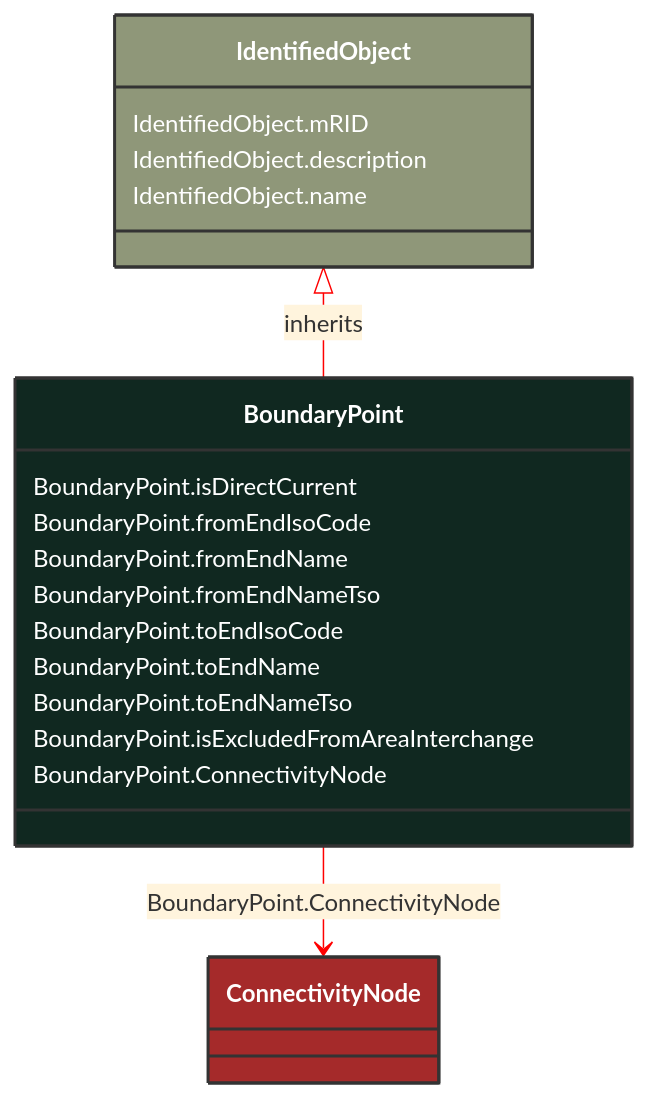
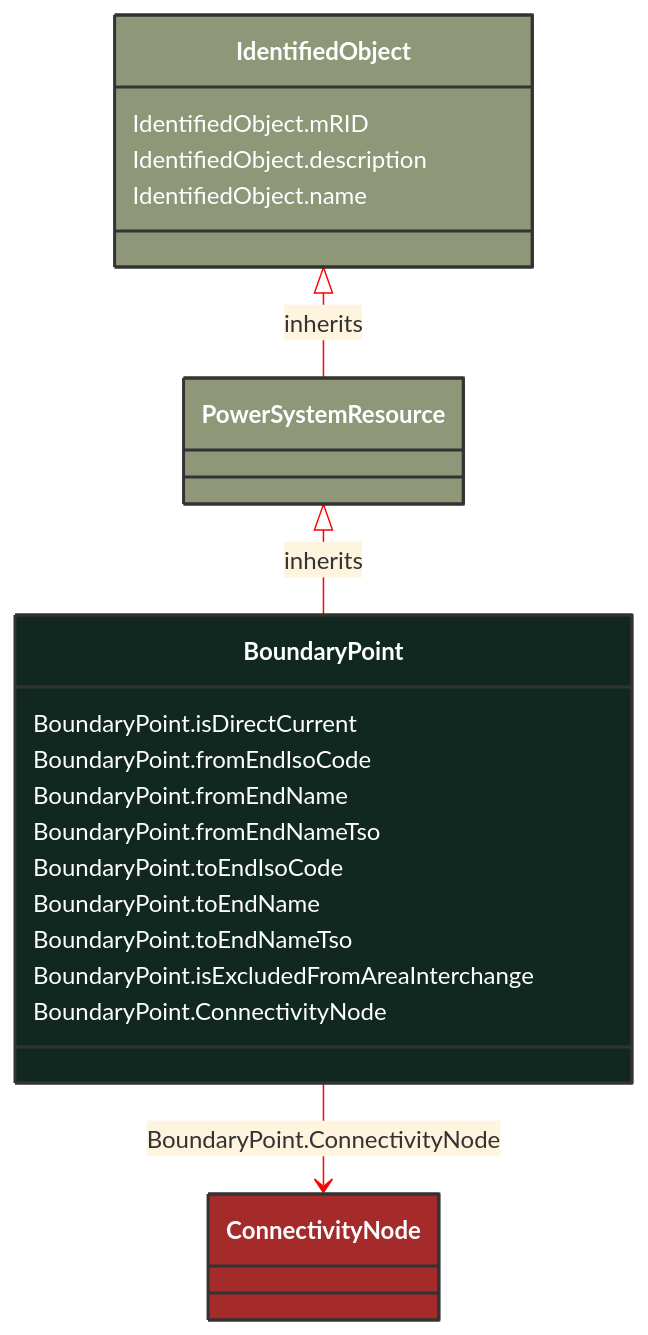
Before and after one commit to 3lbits/NoCIMExtensions: the diagram in docs/Models/Profiles/Telemark-120BoundaryModel/ConcreteClasses/BoundaryPoint.md, drawn with Mermaid. The commit also changed other lines of this file and 50 other files, not shown here.

````diff
--- a/docs/Models/Profiles/Telemark-120BoundaryModel/ConcreteClasses/BoundaryPoint.md
+++ b/docs/Models/Profiles/Telemark-120BoundaryModel/ConcreteClasses/BoundaryPoint.md
@@ -8,31 +8,35 @@
 ```mermaid
 %%{init: {'theme':'base','themeVariables': {'lineColor': '#FF0000'}}}%%
 classDiagram
     class BoundaryPoint
     click BoundaryPoint href "/Models/Profiles/Telemark-120BoundaryModel/ConcreteClasses/BoundaryPoint/"
     style BoundaryPoint fill:#102820,stroke:#333,stroke-width:2px,rx:10,ry:10,color:white
      
-        IdentifiedObject <|-- BoundaryPoint : inherits
+        PowerSystemResource <|-- BoundaryPoint : inherits
+            click PowerSystemResource href "/Models/Profiles/Telemark-120BoundaryModel/AbstractClasses/PowerSystemResource/"
+            style PowerSystemResource fill:#8F9779,stroke:#333,stroke-width:2px,rx:10,ry:10,color:white
+     
+        IdentifiedObject <|-- PowerSystemResource : inherits
             click IdentifiedObject href "/Models/Profiles/Telemark-120BoundaryModel/AbstractClasses/IdentifiedObject/"
             style IdentifiedObject fill:#8F9779,stroke:#333,stroke-width:2px,rx:10,ry:10,color:white
 
         BoundaryPoint --> ConnectivityNode : BoundaryPoint.ConnectivityNode
 
         ConnectivityNode
             click ConnectivityNode href "/Models/Profiles/Telemark-120BoundaryModel/ConcreteClasses/ConnectivityNode/"
             style ConnectivityNode fill:#A52A2A,stroke:#333,stroke-width:2px,rx:10,ry:10,color:white
 
 
         BoundaryPoint : BoundaryPoint.isDirectCurrent
         BoundaryPoint : BoundaryPoint.fromEndIsoCode
         BoundaryPoint : BoundaryPoint.fromEndName
         BoundaryPoint : BoundaryPoint.fromEndNameTso
         BoundaryPoint : BoundaryPoint.toEndIsoCode
         BoundaryPoint : BoundaryPoint.toEndName
         BoundaryPoint : BoundaryPoint.toEndNameTso
         BoundaryPoint : BoundaryPoint.isExcludedFromAreaInterchange
         BoundaryPoint : BoundaryPoint.ConnectivityNode
         IdentifiedObject : IdentifiedObject.mRID
         IdentifiedObject : IdentifiedObject.description
         IdentifiedObject : IdentifiedObject.name
 ```
````
